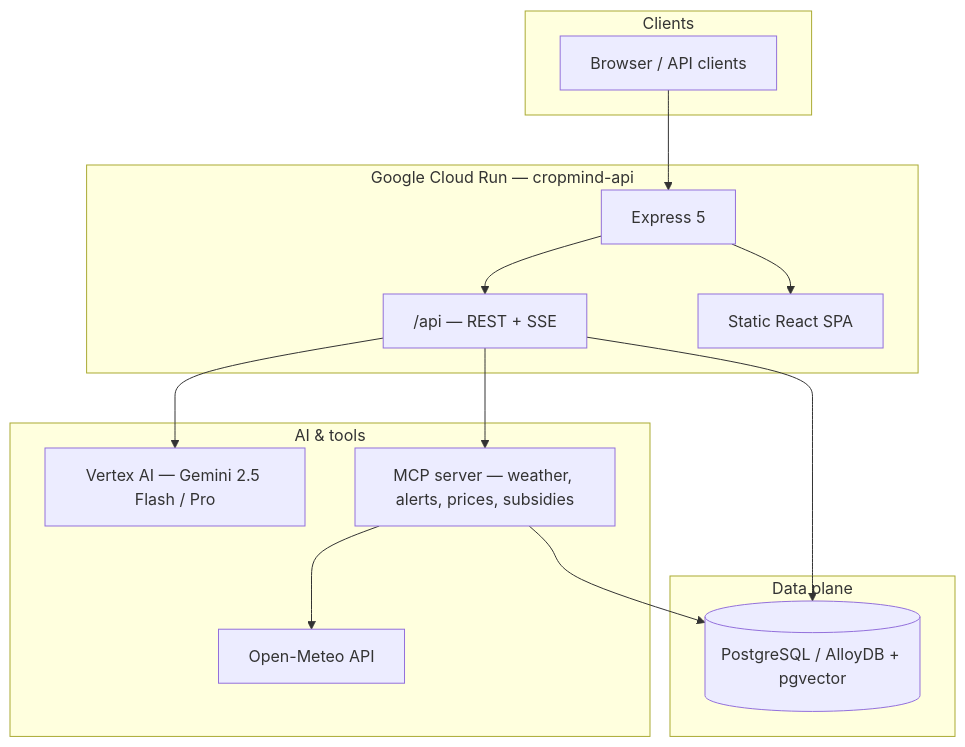
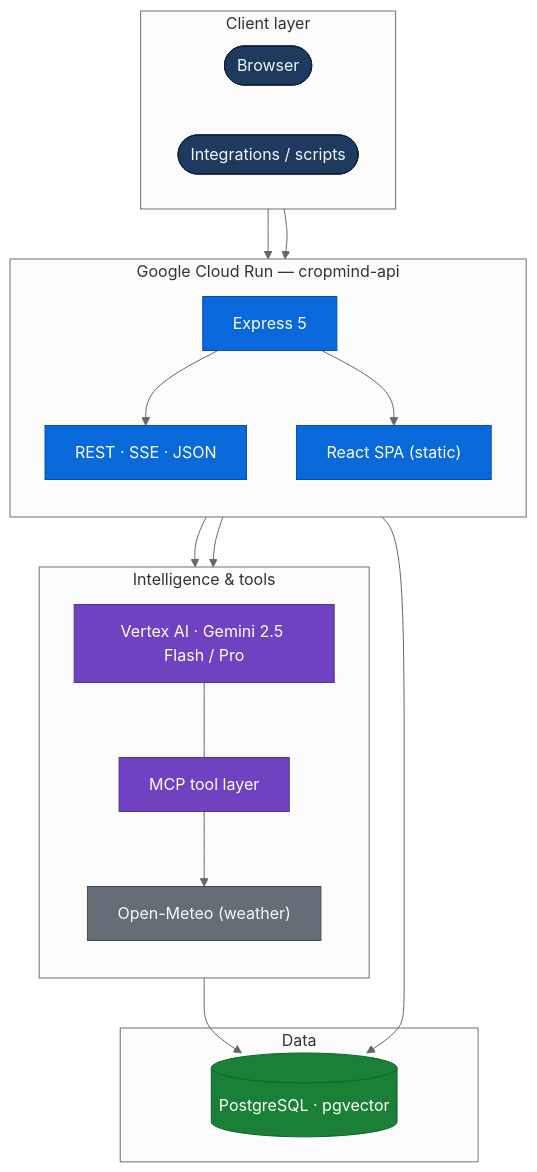
The first of 2 diagrams in README.md (brlikhon/Crop-Mind-), drawn with Mermaid before and after one commit. The commit also changed other lines of this file, not shown here.

First line of the commit message:
docs: professional README with full /api reference and refined Mermaid diagrams

````diff
--- a/README.md
+++ b/README.md
@@ -39,31 +36,44 @@
 ```mermaid
+%%{init: {'flowchart': {'htmlLabels': true, 'curve': 'basis'}, 'theme': 'neutral'}}%%
 flowchart TB
-  subgraph users["Clients"]
-    U[Browser / API clients]
+  classDef client fill:#1e3a5f,stroke:#0d2137,color:#f0f6fc
+  classDef edge fill:#0969da,stroke:#0550ae,color:#fff
+  classDef ai fill:#6f42c1,stroke:#553098,color:#fff
+  classDef data fill:#1a7f37,stroke:#116329,color:#fff
+  classDef ext fill:#656d76,stroke:#424a53,color:#f6f8fa
+
+  subgraph L1["Client layer"]
+    direction LR
+    U(["Browser"]):::client
+    P(["Integrations / scripts"]):::client
   end
 
-  subgraph cr["Google Cloud Run — cropmind-api"]
-    E[Express 5]
-    R["/api — REST + SSE"]
-    S["Static React SPA"]
+  subgraph L2["Google Cloud Run — cropmind-api"]
+    direction TB
+    X["Express 5"]:::edge
+    API["REST · SSE · JSON"]:::edge
+    SPA["React SPA (static)"]:::edge
+    X --> API
+    X --> SPA
   end
 
-  subgraph ai["AI & tools"]
-    V[Vertex AI — Gemini 2.5 Flash / Pro]
-    MCPsrv[MCP server — weather, alerts, prices, subsidies]
-    OM[Open-Meteo API]
+  subgraph L3["Intelligence & tools"]
+    direction TB
+    V["Vertex AI · Gemini 2.5 Flash / Pro"]:::ai
+    M["MCP tool layer"]:::ai
+    O["Open-Meteo (weather)"]:::ext
+    V --- M
+    M --> O
   end
 
-  subgraph data["Data plane"]
-    DB[(PostgreSQL / AlloyDB + pgvector)]
+  subgraph L4["Data"]
+    DB[("PostgreSQL · pgvector")]:::data
   end
 
-  U --> E
-  E --> R
-  E --> S
-  R --> V
-  R --> MCPsrv
-  MCPsrv --> OM
-  R --> DB
-  MCPsrv --> DB
+  U --> X
+  P --> API
+  API --> V
+  API --> M
+  API --> DB
+  M --> DB
 ```
````
